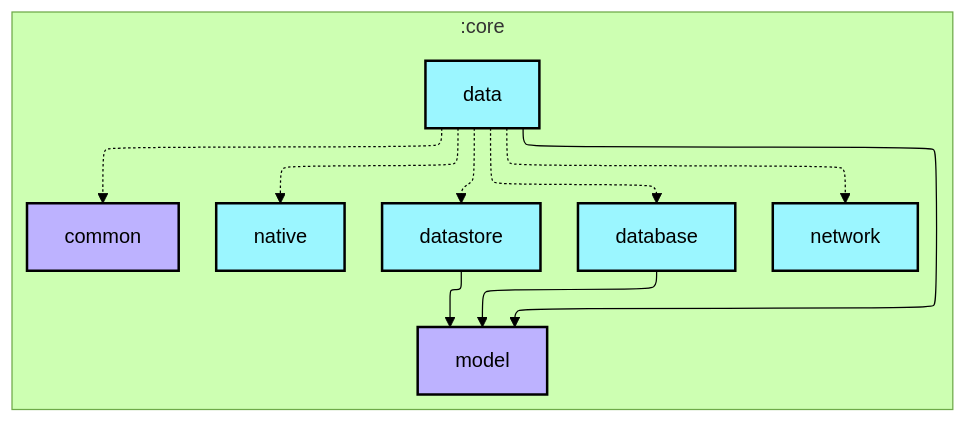
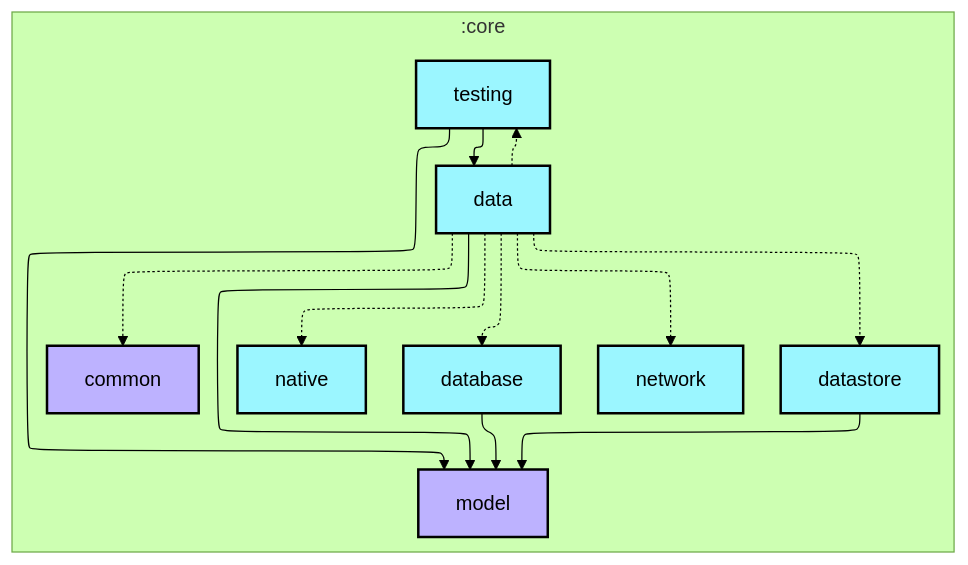
Before and after one commit to Sunior-k/walklog: the first of 2 diagrams in core/data/README.md, drawn with Mermaid (forest theme). The commit also changed other lines of this file and 46 other files, not shown here.

````diff
--- a/core/data/README.md
+++ b/core/data/README.md
@@ -8,34 +8,38 @@
 ```mermaid
 ---
 config:
   layout: elk
   elk:
     nodePlacementStrategy: SIMPLE
 ---
 graph TB
   subgraph :core
     direction TB
     :core:data[data]:::android-library
     :core:database[database]:::android-library
     :core:datastore[datastore]:::android-library
     :core:network[network]:::android-library
     :core:native[native]:::android-library
     :core:common[common]:::jvm-library
     :core:model[model]:::jvm-library
+    :core:testing[testing]:::android-library
   end
 
   :core:data --> :core:model
   :core:data -.-> :core:database
   :core:data -.-> :core:datastore
   :core:data -.-> :core:network
   :core:data -.-> :core:native
   :core:data -.-> :core:common
+  :core:data -.-> :core:testing
   :core:database --> :core:model
   :core:datastore --> :core:model
+  :core:testing --> :core:data
+  :core:testing --> :core:model
 
 classDef android-application fill:#CAFFBF,stroke:#000,stroke-width:2px,color:#000;
 classDef android-feature fill:#FFD6A5,stroke:#000,stroke-width:2px,color:#000;
 classDef android-library fill:#9BF6FF,stroke:#000,stroke-width:2px,color:#000;
 classDef android-test fill:#A0C4FF,stroke:#000,stroke-width:2px,color:#000;
 classDef jvm-library fill:#BDB2FF,stroke:#000,stroke-width:2px,color:#000;
 ```
````
